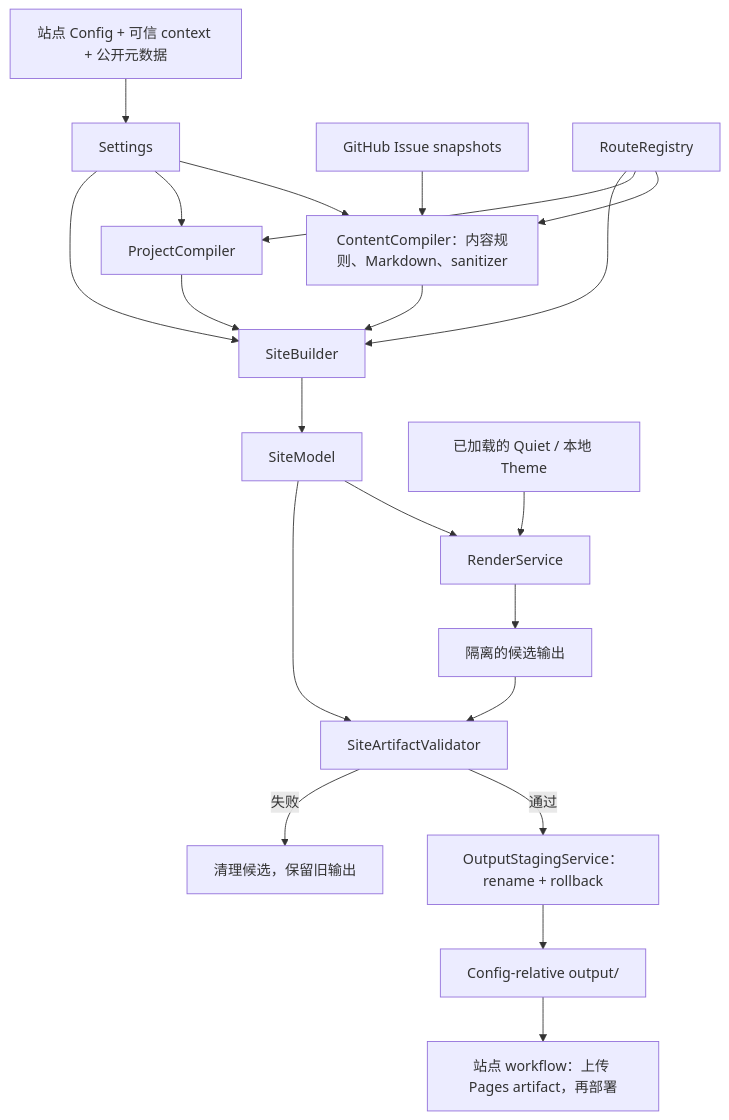
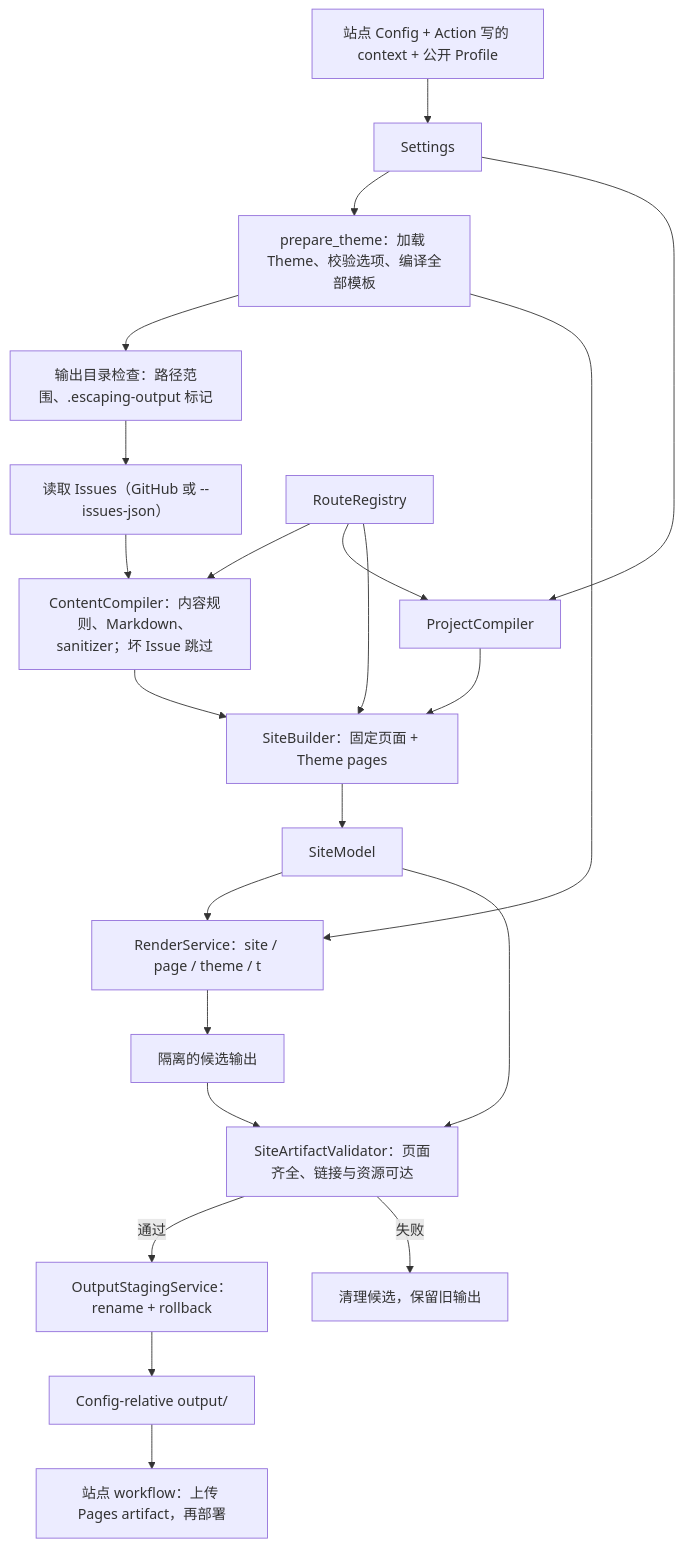
The diagram in docs/dual-repo-architecture.md (geoqiao/escaping), drawn with Mermaid before and after one commit. The commit also changed other lines of this file and 145 other files, not shown here.

````diff
--- a/docs/dual-repo-architecture.md
+++ b/docs/dual-repo-architecture.md
@@ -21,23 +26,24 @@
 ```mermaid
 flowchart TD
-    Inputs["站点 Config + 可信 context + 公开元数据"] --> Settings
-    Issues["GitHub Issue snapshots"] --> ContentCompiler
-    Settings --> ContentCompiler["ContentCompiler：内容规则、Markdown、sanitizer"]
+    Inputs["站点 Config + Action 写的 context + 公开 Profile"] --> Settings
+    Settings --> Prepare["prepare_theme：加载 Theme、校验选项、编译全部模板"]
+    Prepare --> Safety["输出目录检查：路径范围、.escaping-output 标记"]
+    Safety --> Fetch["读取 Issues（GitHub 或 --issues-json）"]
+    Fetch --> ContentCompiler["ContentCompiler：内容规则、Markdown、sanitizer；坏 Issue 跳过"]
     Settings --> ProjectCompiler
     RouteRegistry --> ContentCompiler
     RouteRegistry --> ProjectCompiler
     RouteRegistry --> SiteBuilder
-    Settings --> SiteBuilder
-    ContentCompiler --> SiteBuilder
+    ContentCompiler --> SiteBuilder["SiteBuilder：固定页面 + Theme pages"]
     ProjectCompiler --> SiteBuilder
     SiteBuilder --> SiteModel
-    SiteModel --> RenderService
-    ThemeLoader["已加载的 Quiet / 本地 Theme"] --> RenderService
+    SiteModel --> RenderService["RenderService：site / page / theme / t"]
+    Prepare --> RenderService
     RenderService --> Staging["隔离的候选输出"]
-    Staging --> Validator["SiteArtifactValidator"]
+    Staging --> Validator["SiteArtifactValidator：页面齐全、链接与资源可达"]
     SiteModel --> Validator
     Validator -->|通过| Publication["OutputStagingService：rename + rollback"]
     Validator -->|失败| Stop["清理候选，保留旧输出"]
     Publication --> Output["Config-relative output/"]
     Output --> Orchestrator["站点 workflow：上传 Pages artifact，再部署"]
 ```
````
